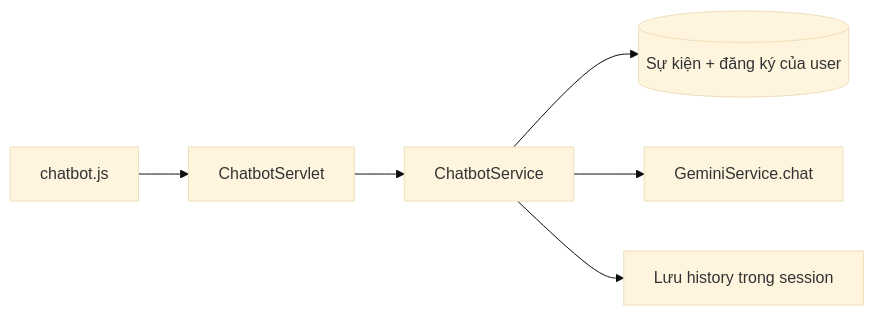
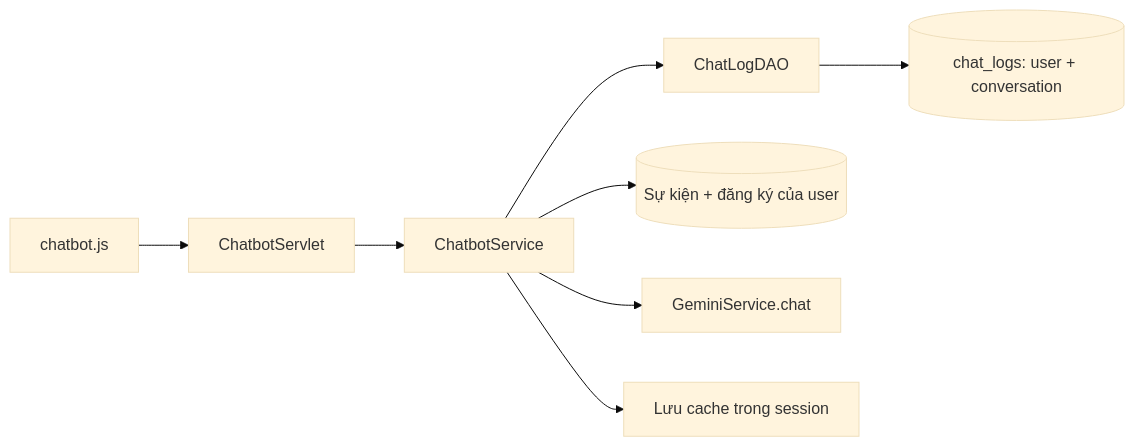
Before and after one commit to Hikhai/EventHubAI: the seventh of 7 diagrams in docs/luong-hoat-dong.md, drawn with Mermaid (base theme). The commit also changed other lines of this file and 12 other files, not shown here.

Commit message:
Fix chatbot timeouts and persist conversation history

````diff
--- a/docs/luong-hoat-dong.md
+++ b/docs/luong-hoat-dong.md
@@ -340,8 +345,10 @@
 ```mermaid
 flowchart LR
   JS[chatbot.js] --> API[ChatbotServlet]
   API --> CS[ChatbotService]
-  CS --> DB[(Sự kiện + đăng ký của user)]
+  CS --> CL[ChatLogDAO]
+  CL --> DB[(chat_logs: user + conversation)]
+  CS --> DB2[(Sự kiện + đăng ký của user)]
   CS --> GM[GeminiService.chat]
-  CS --> SS[Lưu history trong session]
+  CS --> SS[Lưu cache trong session]
 ```
````
